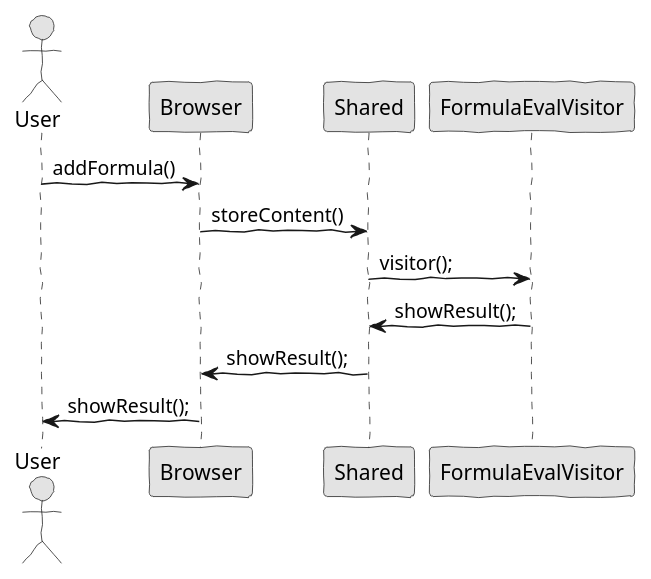
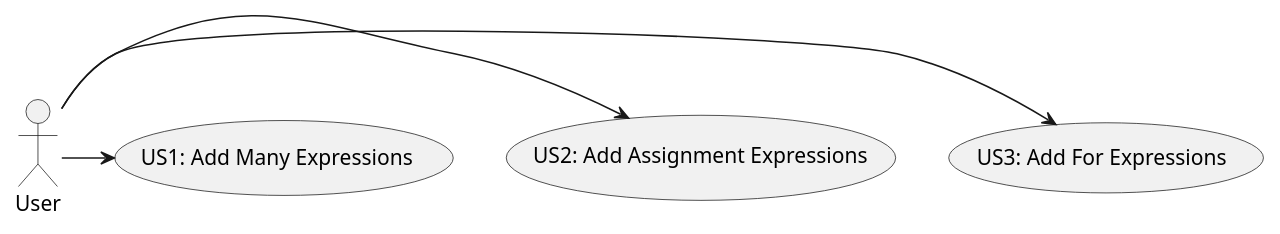
The diagram in docs/blue/1150372/sp1/US.puml (Fuel4us/EventManagingApp), drawn with PlantUML before and after one commit. The commit also changed 7 other files, not shown here.

```diff
--- a/docs/blue/1150372/sp1/US.puml
+++ b/docs/blue/1150372/sp1/US.puml
@@ -1,17 +1,11 @@
-@startuml  analysis.png
-skinparam handwritten true
+@startuml us
+
 skinparam monochrome true
-skinparam packageStyle rect
-skinparam defaultFontName FG Virgil
 skinparam shadowing false
+hide footbox
 
-actor User
-
-User -> Browser : addFormula() 
-Browser -> Shared : storeContent()
-Shared -> FormulaEvalVisitor : visitor();
-FormulaEvalVisitor -> Shared : showResult();
-Shared -> Browser : showResult();
-Browser -> User : showResult();
+User -> (US3: Add For Expressions)
+User -> (US2: Add Assignment Expressions)
+User -> (US1: Add Many Expressions )
 
 @enduml
```
